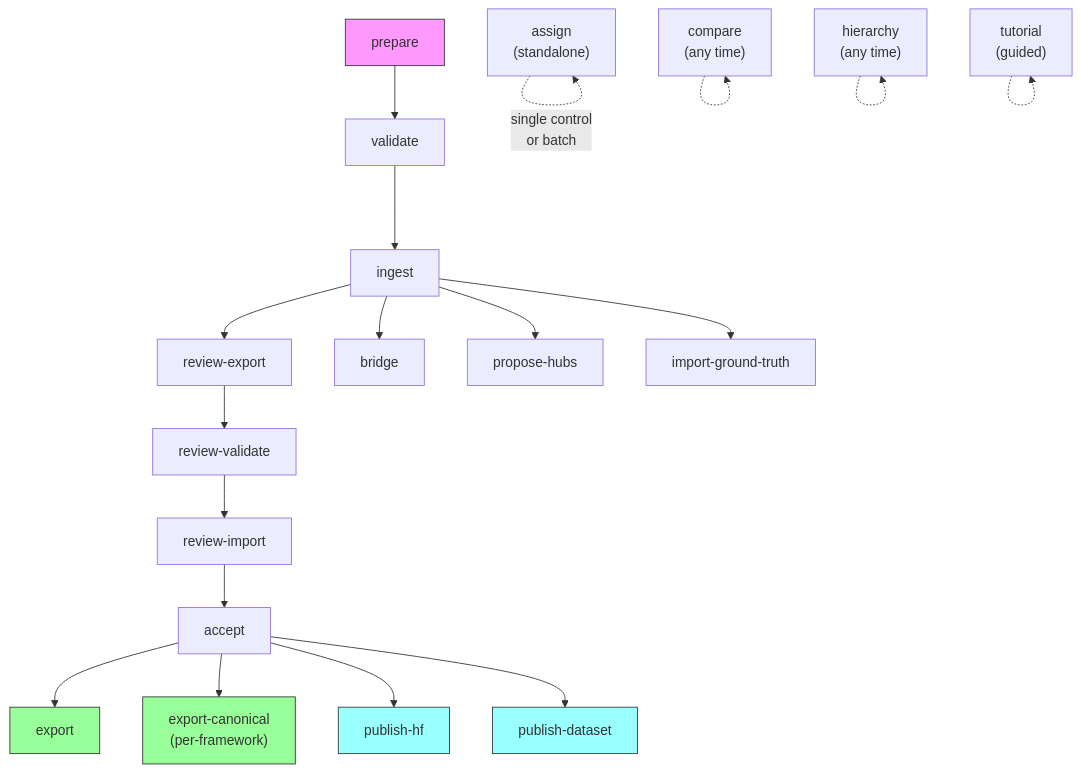
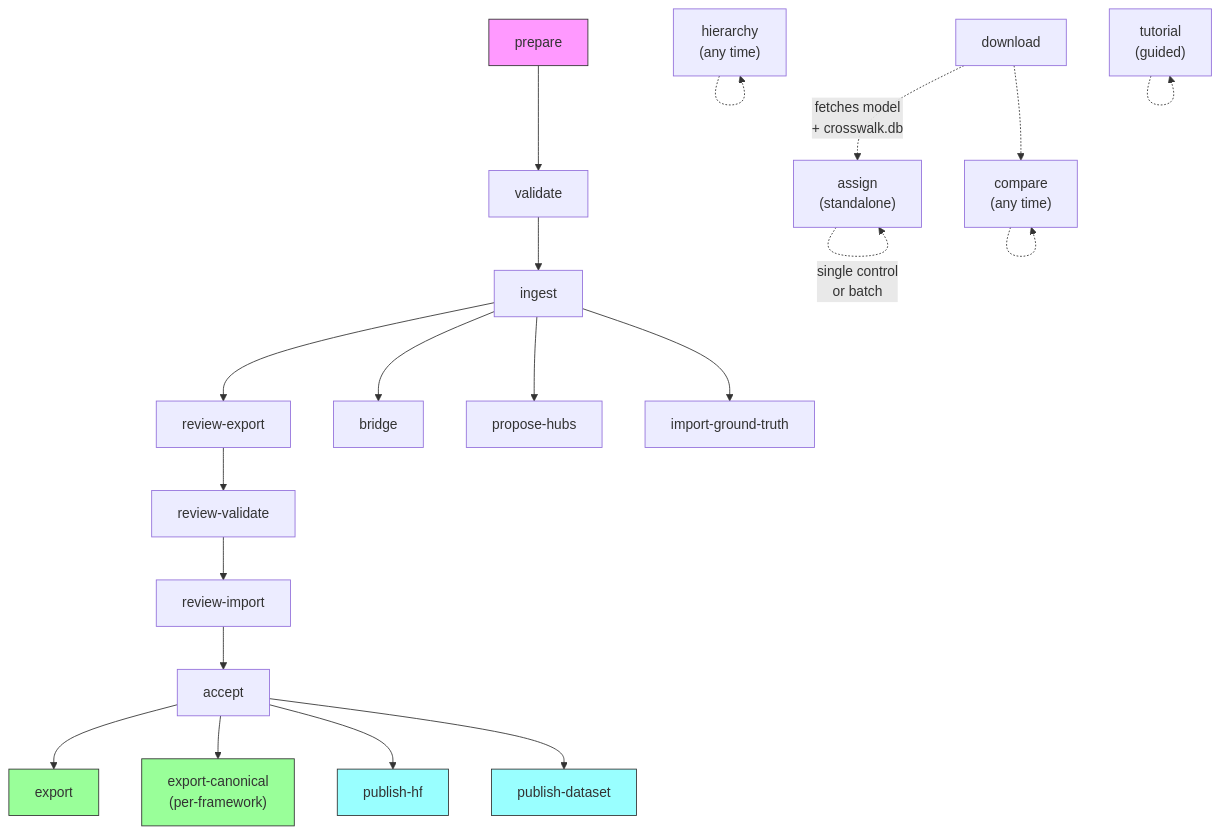
Before and after one commit to rocklambros/TRACT: the diagram in docs/cli-reference.md, drawn with Mermaid. The commit also changed other lines of this file and 7 other files, not shown here.

````diff
--- a/docs/cli-reference.md
+++ b/docs/cli-reference.md
@@ -16,31 +16,33 @@
 ```mermaid
 flowchart TD
+    DL["download"] -.-> |"fetches model<br/>+ crosswalk.db"| ASN
+    DL -.-> CMP
     PREP["prepare"] --> VAL["validate"]
     VAL --> ING["ingest"]
     ING --> RE["review-export"]
     RE --> RV["review-validate"]
     RV --> RI["review-import"]
     RI --> ACC["accept"]
     ACC --> EXP["export"]
 
     ASN["assign<br/>(standalone)"] -.-> |"single control<br/>or batch"| ASN
     CMP["compare<br/>(any time)"] -.-> CMP
     HIER["hierarchy<br/>(any time)"] -.-> HIER
     TUT["tutorial<br/>(guided)"] -.-> TUT
 
     ING --> BR["bridge"]
     ING --> PH["propose-hubs"]
     ING --> IGT["import-ground-truth"]
 
     EC["export-canonical<br/>(per-framework)"]
     ACC --> EC
 
     ACC --> PHF["publish-hf"]
     ACC --> PDS["publish-dataset"]
 
     style PREP fill:#f9f,stroke:#333
     style EXP fill:#9f9,stroke:#333
     style EC fill:#9f9,stroke:#333
     style PHF fill:#9ff,stroke:#333
     style PDS fill:#9ff,stroke:#333
 ```
````
